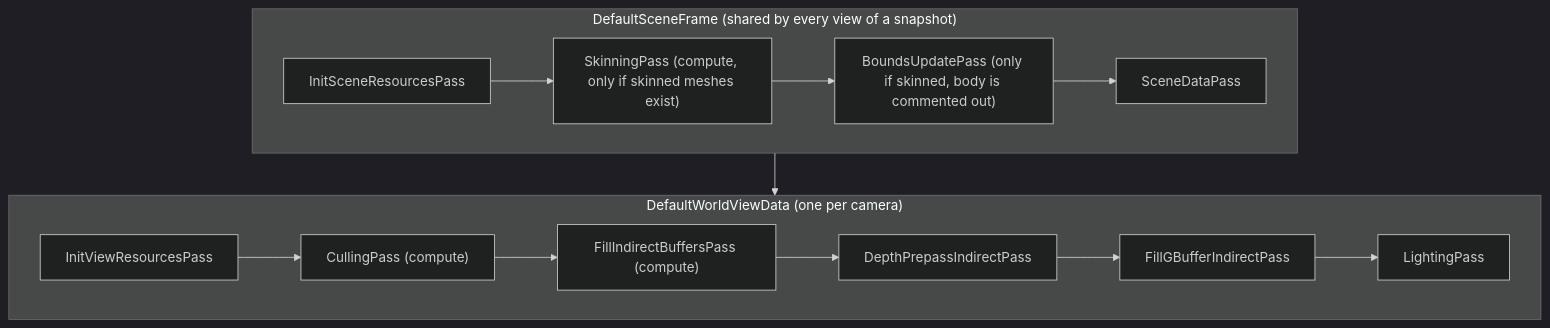
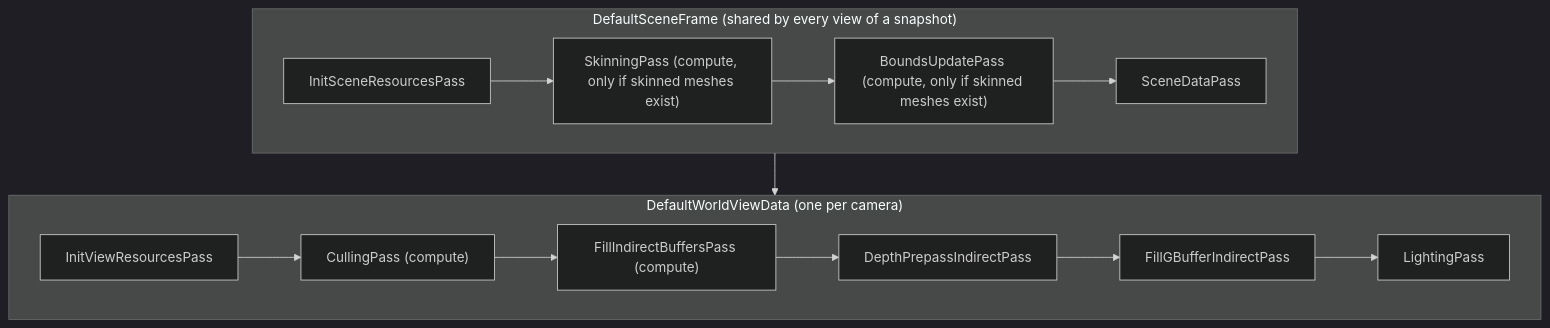
One commit to TareHimself/rin changed the third of 3 diagrams in Engine/Rin.World/ReadMe.md. Above: the diagram before and after it, drawn with Mermaid (dark theme). The commit also changed other lines of this file and 1 other file, not shown here.

First line of the commit message:
Rin.World: re-enable BoundsUpdatePass against the current scene frame

````diff
--- a/Engine/Rin.World/ReadMe.md
+++ b/Engine/Rin.World/ReadMe.md
@@ -106,16 +106,16 @@
 ```mermaid
 flowchart TD
     subgraph Scene["DefaultSceneFrame (shared by every view of a snapshot)"]
         P1["InitSceneResourcesPass"] --> P2["SkinningPass (compute, only if skinned meshes exist)"]
-        P2 --> P3["BoundsUpdatePass (only if skinned, body is commented out)"]
+        P2 --> P3["BoundsUpdatePass (compute, only if skinned meshes exist)"]
         P3 --> P4["SceneDataPass"]
     end
     subgraph View["DefaultWorldViewData (one per camera)"]
         V1["InitViewResourcesPass"] --> V2["CullingPass (compute)"]
         V2 --> V3["FillIndirectBuffersPass (compute)"]
         V3 --> V4["DepthPrepassIndirectPass"]
         V4 --> V5["FillGBufferIndirectPass"]
         V5 --> V6["LightingPass"]
     end
     Scene --> View
 ```
````
